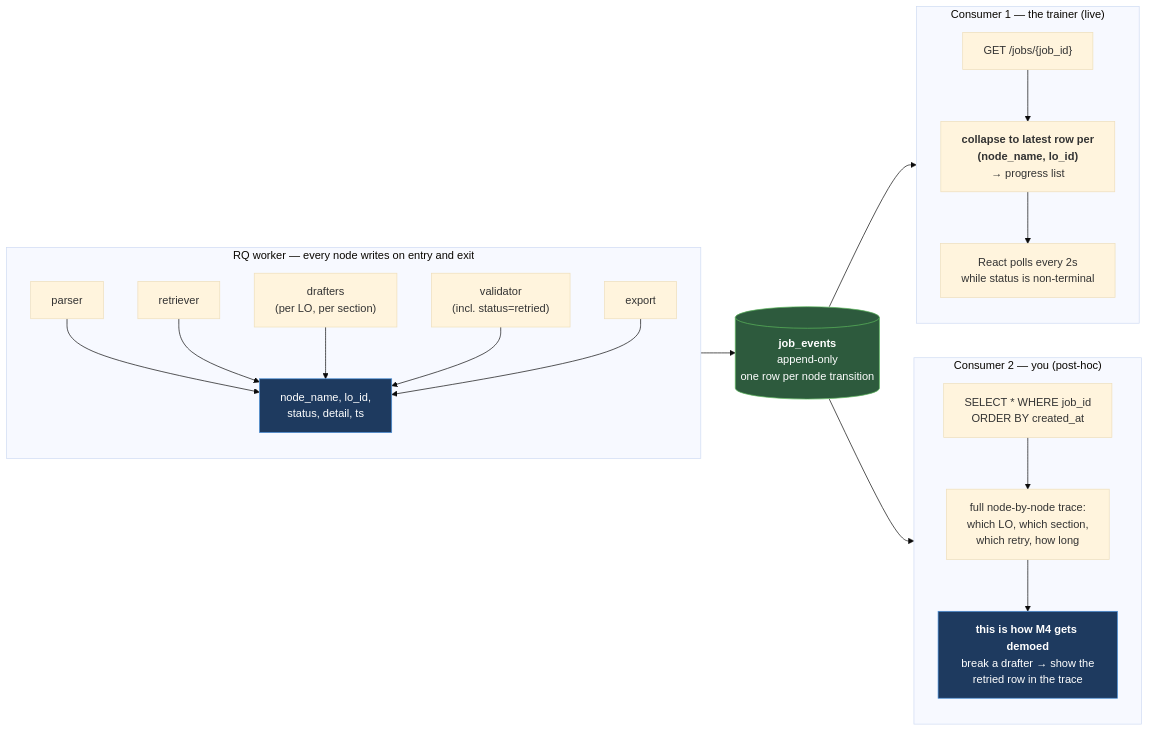
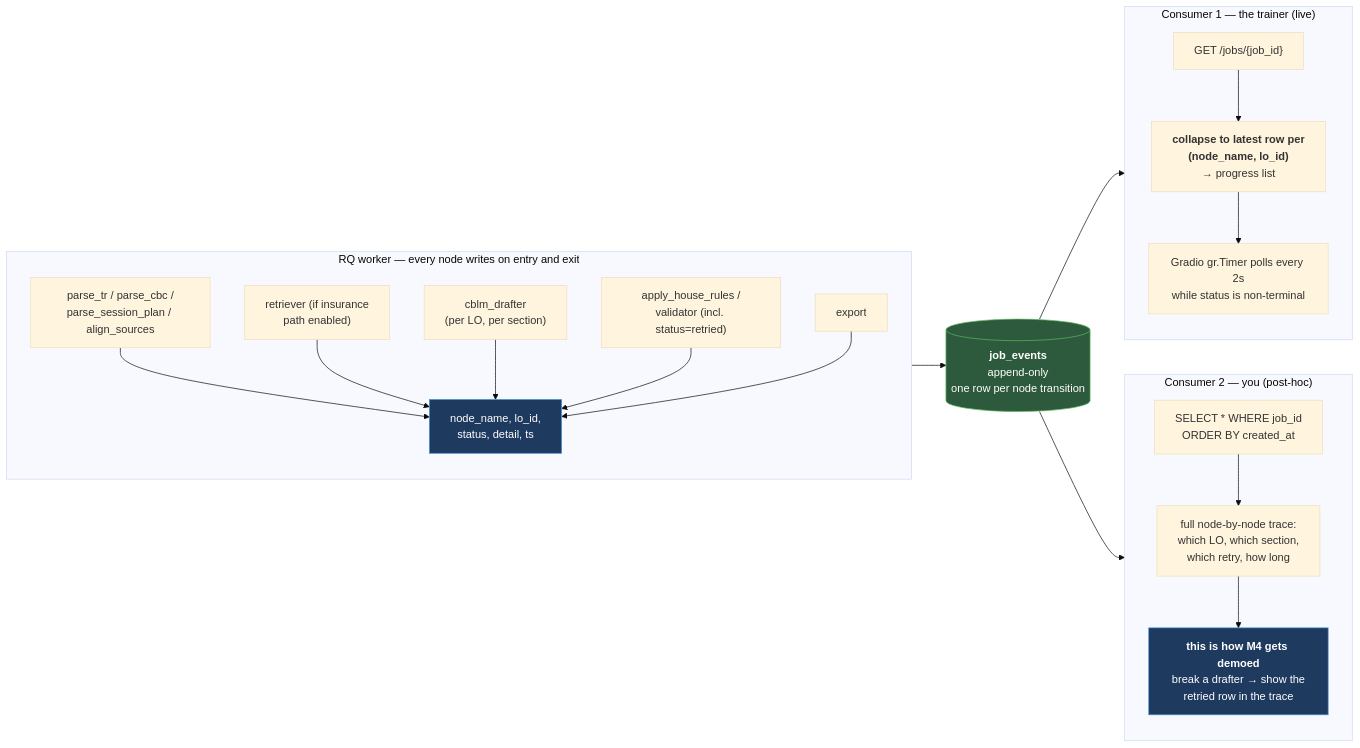
Before and after one commit to shuakyle21/tesda-cbc-agent: the ninth of 9 diagrams in docs/specs/TECHNICAL_DIAGRAMS.md, drawn with Mermaid (base theme). The commit also changed other lines of this file and 5 other files, not shown here.

````diff
--- a/docs/specs/TECHNICAL_DIAGRAMS.md
+++ b/docs/specs/TECHNICAL_DIAGRAMS.md
@@ -496,34 +566,34 @@
 ```mermaid
 flowchart LR
     subgraph W["RQ worker — every node writes on entry and exit"]
         direction TB
-        N1["parser"] --> E1["node_name, lo_id,<br/>status, detail, ts"]
-        N2["retriever"] --> E1
-        N3["drafters<br/>(per LO, per section)"] --> E1
-        N4["validator<br/>(incl. status=retried)"] --> E1
+        N1["parse_tr / parse_cbc /<br/>parse_session_plan / align_sources"] --> E1["node_name, lo_id,<br/>status, detail, ts"]
+        N2["retriever (if insurance<br/>path enabled)"] --> E1
+        N3["cblm_drafter<br/>(per LO, per section)"] --> E1
+        N4["apply_house_rules /<br/>validator (incl. status=retried)"] --> E1
         N5["export"] --> E1
     end
 
     E1 --> TBL[("<b>job_events</b><br/>append-only<br/>one row per node transition")]
 
     TBL --> C1
     TBL --> C2
 
     subgraph C1["Consumer 1 — the trainer (live)"]
         direction TB
         P1["GET /jobs/{job_id}"] --> P2["<b>collapse to latest row per<br/>(node_name, lo_id)</b><br/>→ progress list"]
-        P2 --> P3["React polls every 2s<br/>while status is non-terminal"]
+        P2 --> P3["Gradio gr.Timer polls every 2s<br/>while status is non-terminal"]
     end
 
     subgraph C2["Consumer 2 — you (post-hoc)"]
         direction TB
         D1["SELECT * WHERE job_id<br/>ORDER BY created_at"] --> D2["full node-by-node trace:<br/>which LO, which section,<br/>which retry, how long"]
         D2 --> D3["<b>this is how M4 gets demoed</b><br/>break a drafter → show the<br/>retried row in the trace"]
     end
 
     classDef store fill:#2d5a3d,stroke:#5cb85c,color:#fff
     classDef key fill:#1e3a5f,stroke:#4a90d9,color:#fff
 
     class TBL store
     class D3,E1 key
 ```
````
